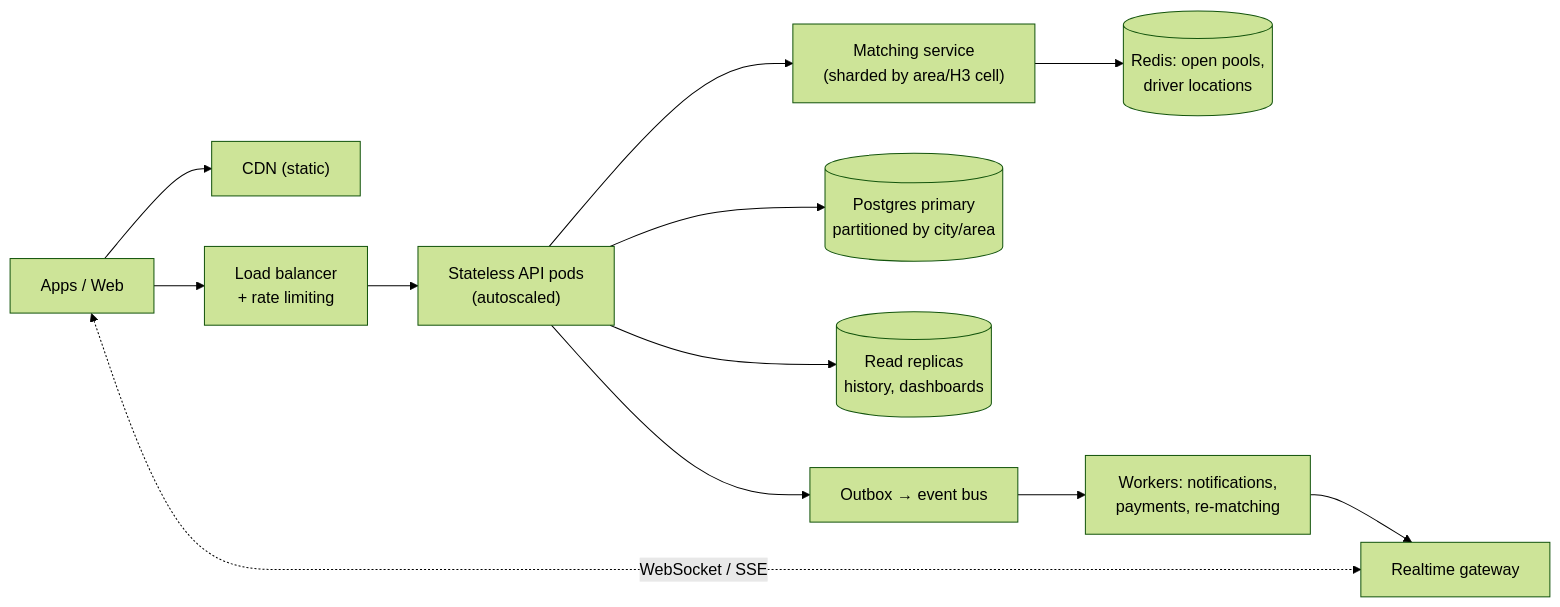
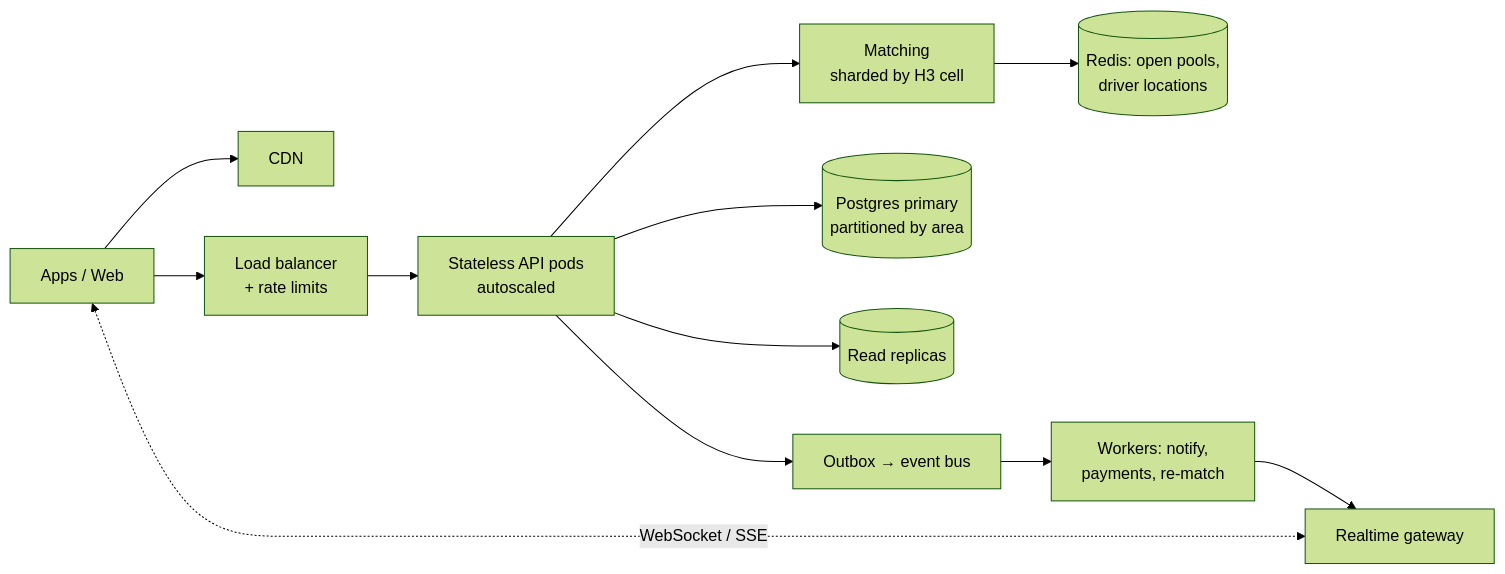
Before and after one commit to kaizen2112/Dhaka-Tesla-Pool: the tenth of 10 diagrams in README.md, drawn with Mermaid (forest theme). The commit also changed other lines of this file, not shown here.

````diff
--- a/README.md
+++ b/README.md
@@ -646,14 +624,14 @@
 ```mermaid
 flowchart LR
-    Apps["Apps / Web"] --> CDN["CDN (static)"]
-    Apps --> LB["Load balancer<br/>+ rate limiting"]
-    LB --> API["Stateless API pods<br/>(autoscaled)"]
+    Apps["Apps / Web"] --> CDN["CDN"]
+    Apps --> LB["Load balancer<br/>+ rate limits"]
+    LB --> API["Stateless API pods<br/>autoscaled"]
     Apps <-. "WebSocket / SSE" .-> RT["Realtime gateway"]
-    API --> Match["Matching service<br/>(sharded by area/H3 cell)"]
-    API --> PG[("Postgres primary<br/>partitioned by city/area")]
-    API --> RR[("Read replicas<br/>history, dashboards")]
-    Match --> Cache[("Redis: open pools,<br/>driver locations")]
-    API --> Outbox["Outbox → event bus"]
-    Outbox --> Workers["Workers: notifications,<br/>payments, re-matching"]
-    Workers --> RT
+    API --> M["Matching<br/>sharded by H3 cell"]
+    API --> PG[("Postgres primary<br/>partitioned by area")]
+    API --> RR[("Read replicas")]
+    M --> C[("Redis: open pools,<br/>driver locations")]
+    API --> O["Outbox → event bus"]
+    O --> W["Workers: notify,<br/>payments, re-match"]
+    W --> RT
 ```
````
